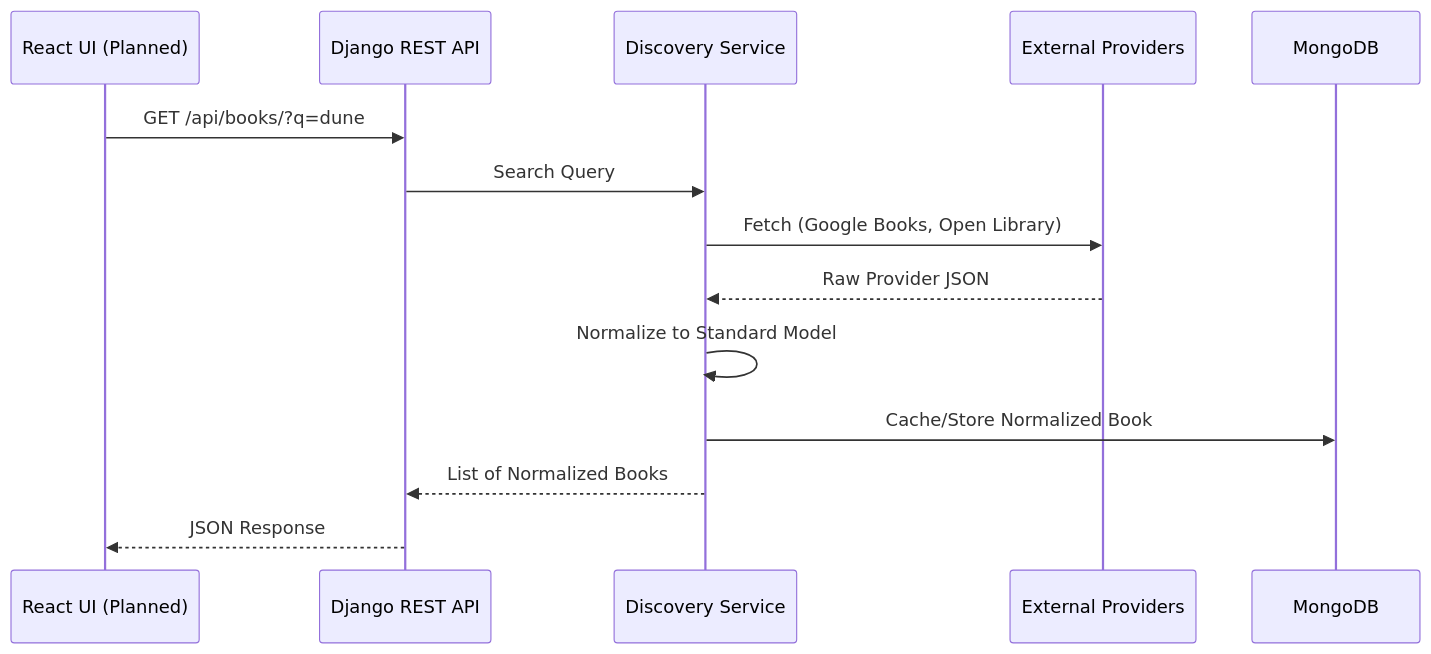
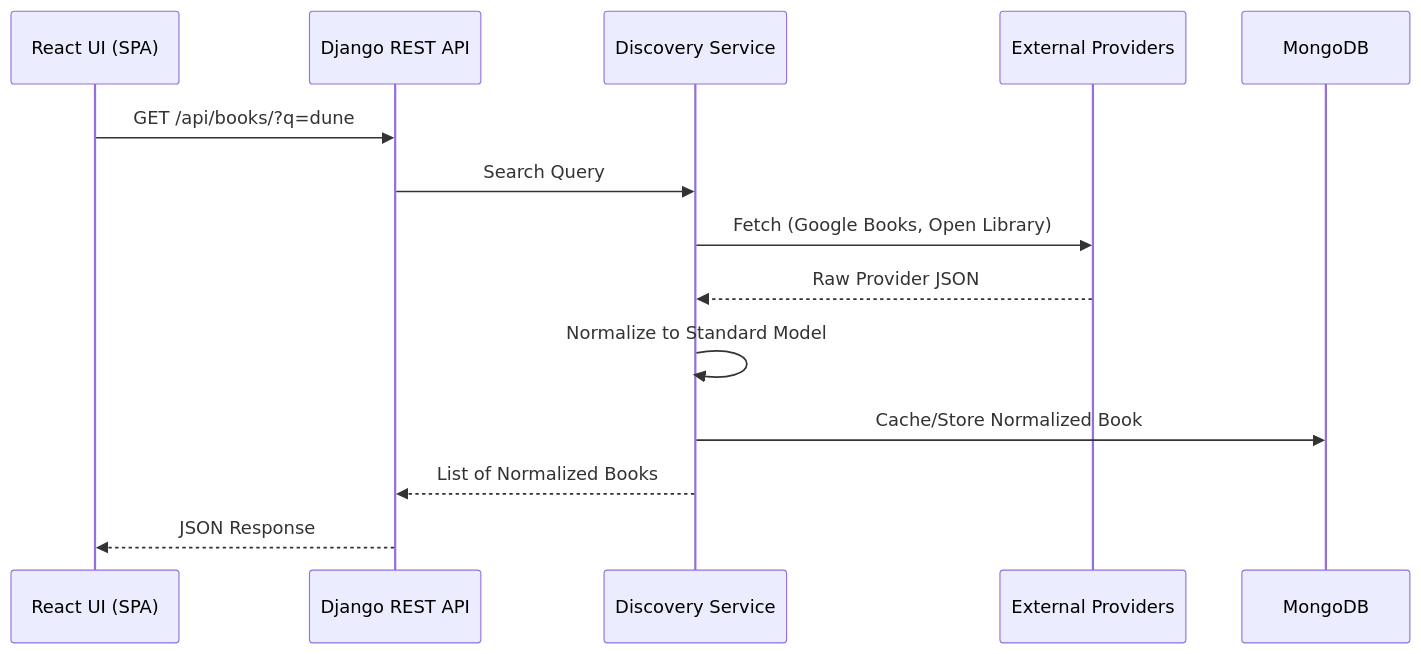
The third of 5 diagrams in README.md (ragnarStark79/Akashic-Library), drawn with Mermaid before and after one commit. The commit also changed other lines of this file, not shown here.

Commit message:
docs: update README with Part I completion status and roadmap

````diff
--- a/README.md
+++ b/README.md
@@ -137,17 +139,17 @@
 ```mermaid
 sequenceDiagram
-    participant UI as React UI (Planned)
+    participant UI as React UI (SPA)
     participant API as Django REST API
     participant SVC as Discovery Service
     participant EXT as External Providers
     participant DB as MongoDB
 
     UI->>API: GET /api/books/?q=dune
     API->>SVC: Search Query
     SVC->>EXT: Fetch (Google Books, Open Library)
     EXT-->>SVC: Raw Provider JSON
     SVC->>SVC: Normalize to Standard Model
     SVC->>DB: Cache/Store Normalized Book
     SVC-->>API: List of Normalized Books
     API-->>UI: JSON Response
 ```
````
